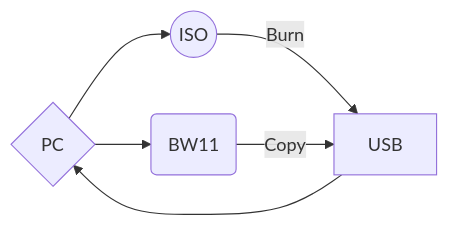
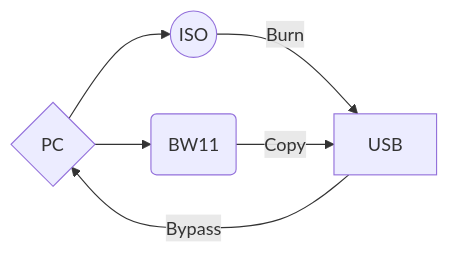
The diagram in README.md (haithamaouati/BW11), drawn with Mermaid before and after one commit.

````diff
--- a/README.md
+++ b/README.md
@@ -75,6 +75,6 @@
 ```mermaid
 flowchart LR;
 P{PC}-->I((ISO))-->|Burn|U[USB];
 P-->B(BW11)-->|Copy|U;
-U-->P;
+U-->|Bypass|P;
 ```
````
